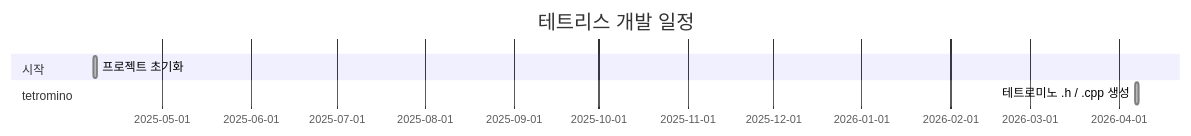
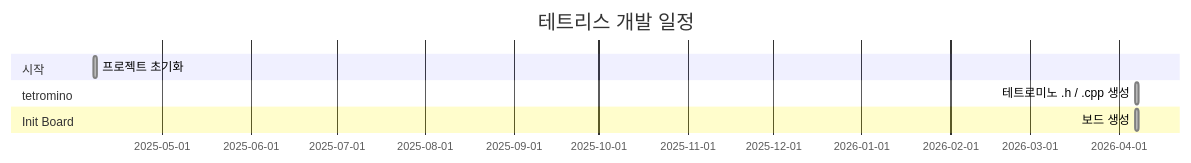
One commit to Chance031/Tetris-cpp changed the diagram in README.md. Above: the diagram before and after it, drawn with Mermaid. The commit also changed other lines of this file, not shown here.

Commit message:
docs: README 자동 업데이트 [skip ci]

````diff
--- a/README.md
+++ b/README.md
@@ -27,9 +27,11 @@
 ```mermaid
 gantt
     title 테트리스 개발 일정
     dateFormat YYYY-MM-DD
     section 시작
         프로젝트 초기화 :done, init, 2025-04-07, 1d
     section tetromino
         테트로미노 .h / .cpp 생성 :done, t16803, 2026-04-07, 1d
+    section Init Board
+        보드 생성 :done, t84048, 2026-04-07, 1d
 ```
````
